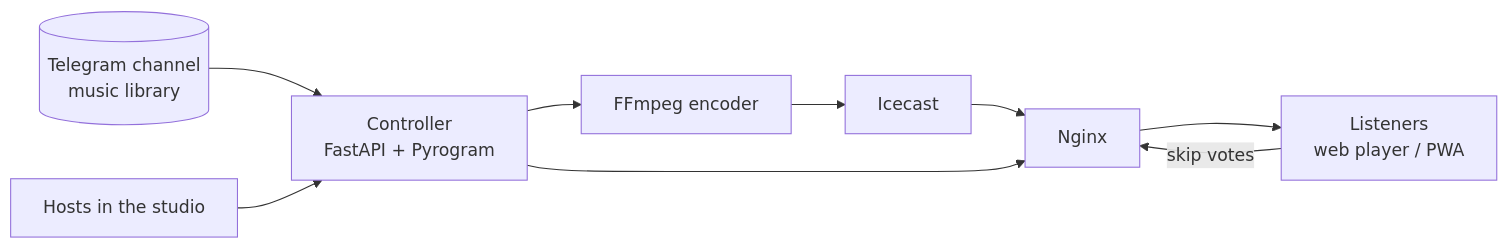
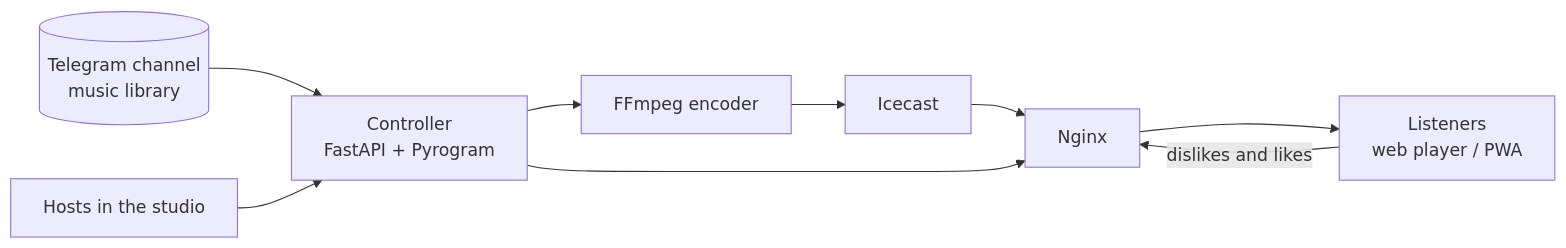
The diagram in README.md (hootan-hsn/raadio-public), drawn with Mermaid before and after one commit. The commit also changed other lines of this file and 9 other files, not shown here.

First line of the commit message:
Tiers star/1/0/-1/blocked, dislikes, songs that blend, and a 5 s skip floor

````diff
--- a/README.md
+++ b/README.md
@@ -49,11 +51,11 @@
 ```mermaid
 flowchart LR
     TG[(Telegram channel<br/>music library)] --> C
     H[Hosts in the studio] --> C
     C[Controller<br/>FastAPI + Pyrogram] --> F[FFmpeg encoder]
     F --> I[Icecast]
     I --> N[Nginx]
     C --> N
     N --> L[Listeners<br/>web player / PWA]
-    L -- skip votes --> N
+    L -- dislikes and likes --> N
 ```
````
